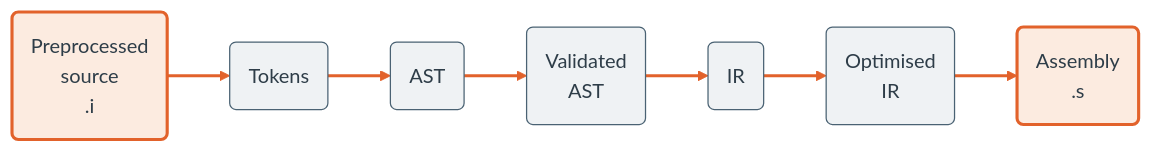
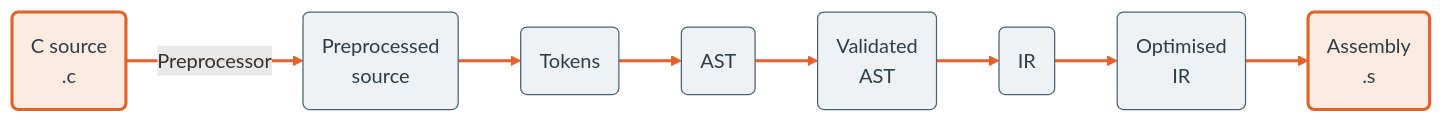
One commit to joshuanunn/charr changed the second of 2 diagrams in README.md. Above: the diagram before and after it, drawn with Mermaid. The commit also changed other lines of this file, not shown here.

Commit message:
Update README to document the new preprocessor

````diff
--- a/README.md
+++ b/README.md
@@ -146,18 +160,20 @@
 ```mermaid
 flowchart LR
-    i("Preprocessed<br/>source<br/>.i")
+    src("C source<br/>.c")
+    pp("Preprocessed<br/>source")
     tok("Tokens")
     ast("AST")
     vast("Validated<br/>AST")
     ir("IR")
     oir("Optimised<br/>IR")
     asm("Assembly<br/>.s")
 
-    i --> tok --> ast --> vast --> ir --> oir --> asm
+    src -->|Preprocessor| pp
+    pp --> tok --> ast --> vast --> ir --> oir --> asm
 
     classDef irc fill:#EFF2F4,stroke:#4A6273,stroke-width:1px,color:#2E3D48;
     classDef endpt fill:#FCEBE0,stroke:#E2622B,stroke-width:2.5px,color:#2E3D48;
-    class tok,ast,vast,ir,oir irc;
-    class i,asm endpt;
+    class src,asm endpt;
+    class pp,tok,ast,vast,ir,oir irc;
     linkStyle default stroke:#E2622B,stroke-width:2.5px;
 ```
````
